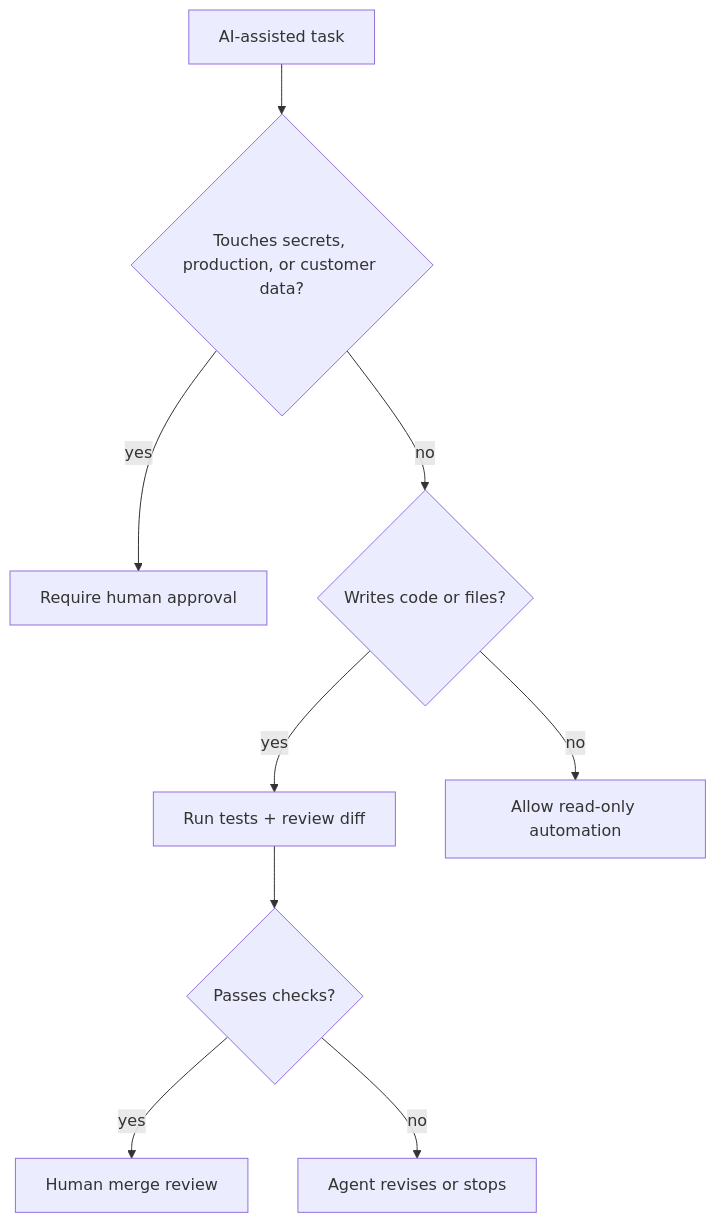
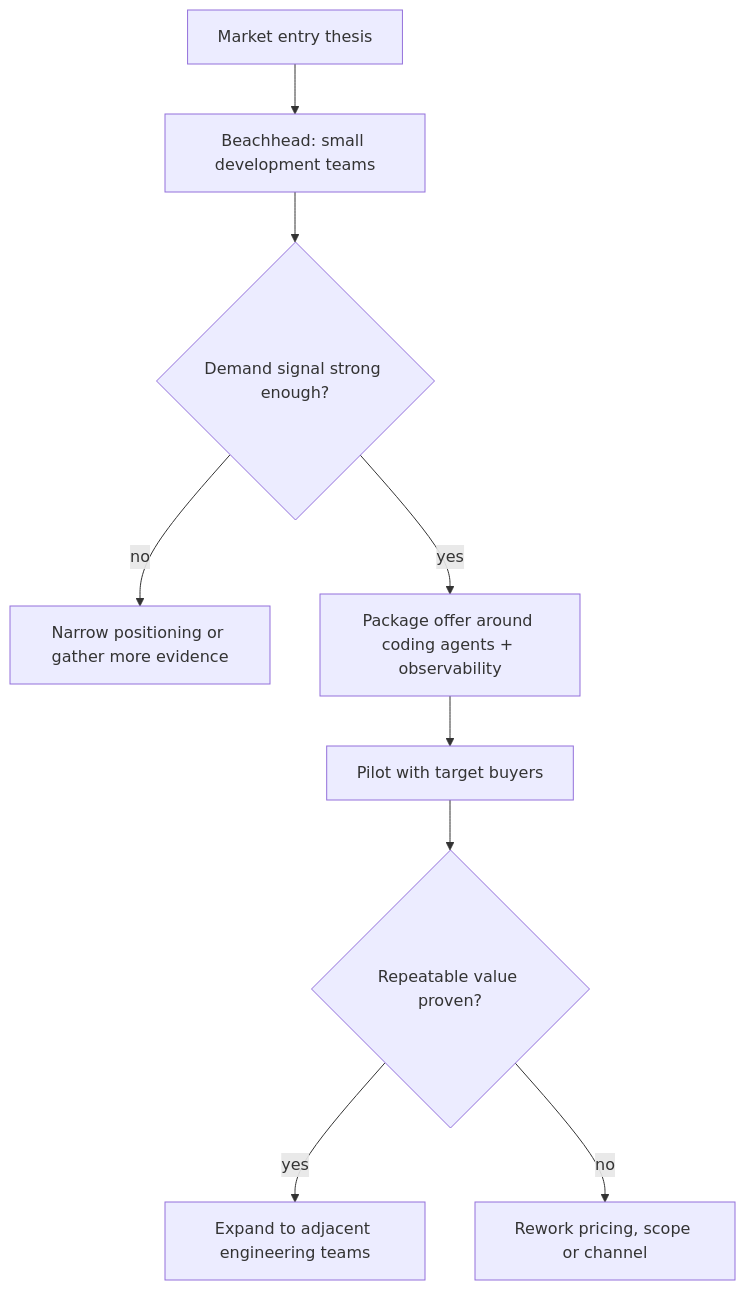
The first of 5 diagrams in course-project-market-analyst/reviewer_artifacts/sample_market_analysis_report.md (Turkevich91/multi-agent-systems-robotdreams), drawn with Mermaid before and after one commit. The commit also changed other lines of this file and 8 other files, not shown here.

Commit message:
Align course project diagrams with runtime logic

````diff
--- a/course-project-market-analyst/reviewer_artifacts/sample_market_analysis_report.md
+++ b/course-project-market-analyst/reviewer_artifacts/sample_market_analysis_report.md
@@ -48,11 +34,11 @@
 ```mermaid
 flowchart TD
-    Task["AI-assisted task"] --> Sensitive{"Touches secrets, production, or customer data?"}
-    Sensitive -- "yes" --> HITL["Require human approval"]
-    Sensitive -- "no" --> Write{"Writes code or files?"}
-    Write -- "yes" --> Tests["Run tests + review diff"]
-    Write -- "no" --> Auto["Allow read-only automation"]
-    Tests --> Pass{"Passes checks?"}
-    Pass -- "yes" --> MergeReview["Human merge review"]
-    Pass -- "no" --> Revise["Agent revises or stops"]
+    Thesis["Market entry thesis"] --> Beachhead["Beachhead: small development teams"]
+    Beachhead --> Demand{"Demand signal strong enough?"}
+    Demand -- "no" --> Narrow["Narrow positioning or gather more evidence"]
+    Demand -- "yes" --> Offer["Package offer around coding agents + observability"]
+    Offer --> Pilot["Pilot with target buyers"]
+    Pilot --> Expand{"Repeatable value proven?"}
+    Expand -- "yes" --> Adjacent["Expand to adjacent engineering teams"]
+    Expand -- "no" --> Reprice["Rework pricing, scope or channel"]
 ```
````
